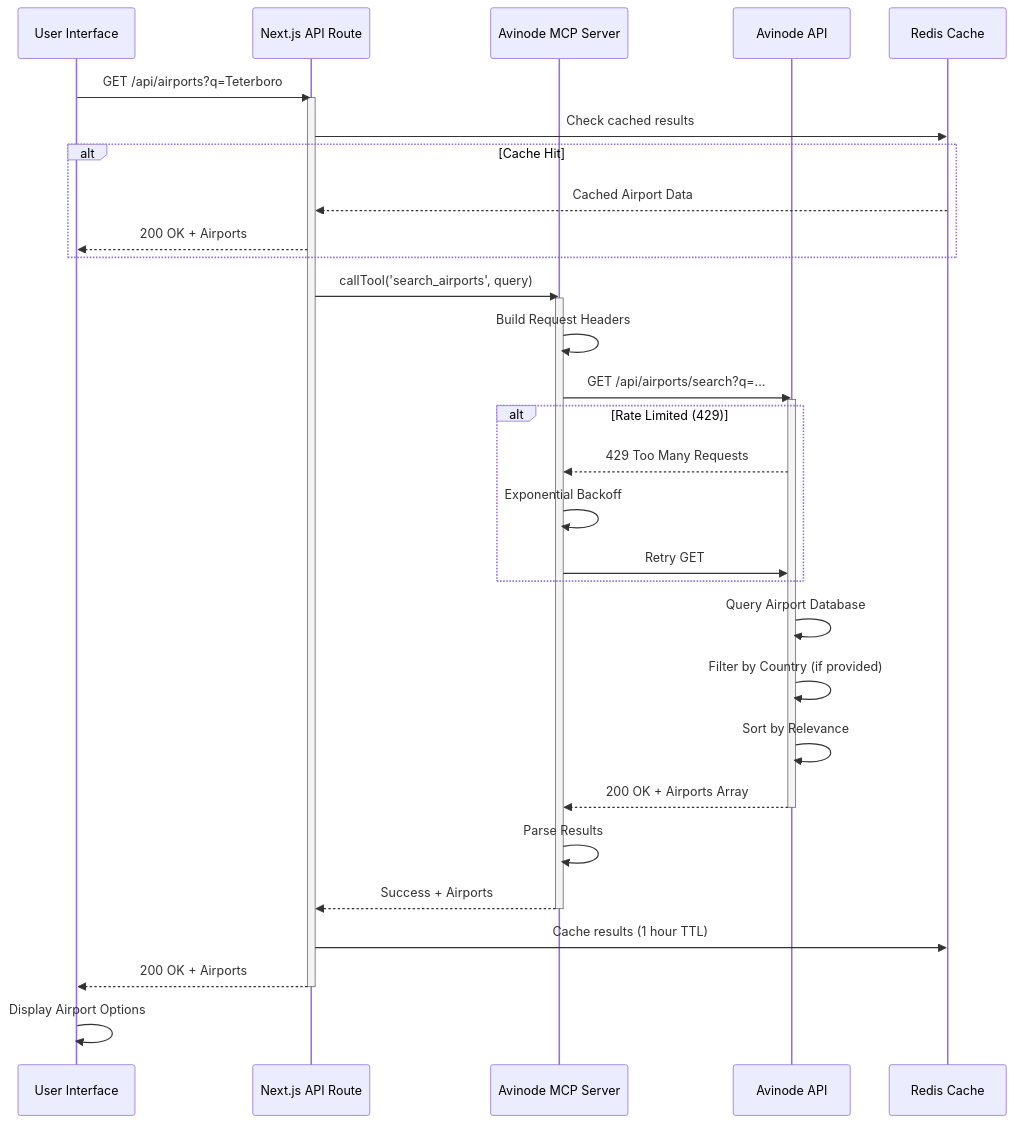
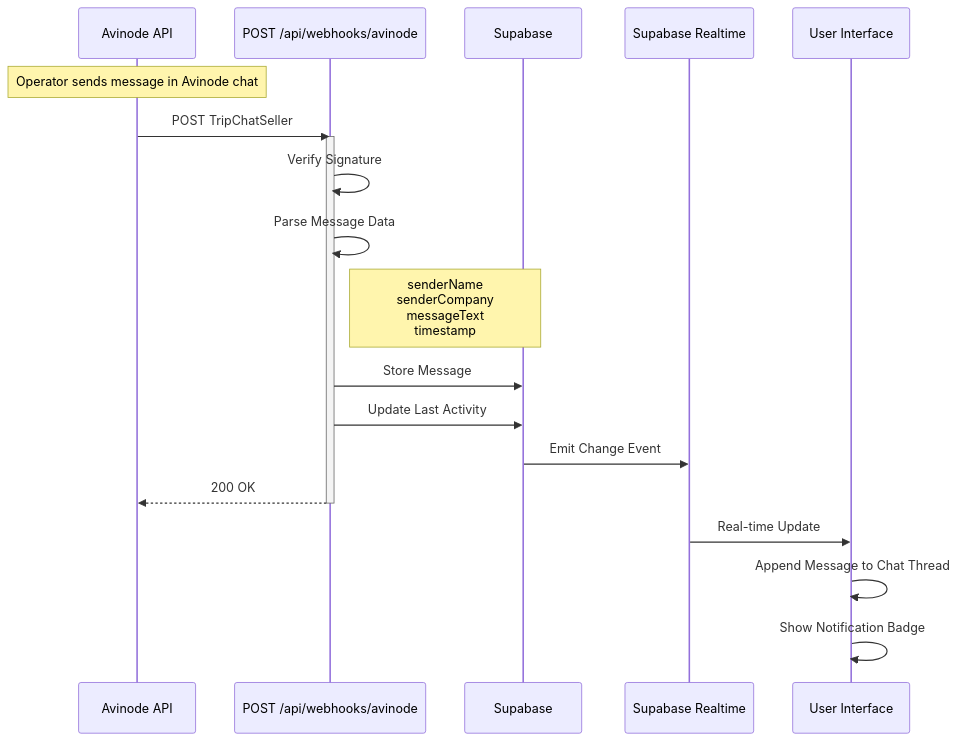
Before and after one commit to kingler/v0-jetvision-assistant: the fifth of 5 diagrams in docs/implementation/WORKFLOW-AVINODE-INTEGRATION.md, drawn with Mermaid. The commit also changed other lines of this file and 145 other files, not shown here.

First line of the commit message:
feat(avinode): complete MCP server tools and deep link workflow

````diff
--- a/docs/implementation/WORKFLOW-AVINODE-INTEGRATION.md
+++ b/docs/implementation/WORKFLOW-AVINODE-INTEGRATION.md
@@ -448,46 +488,29 @@
 ```mermaid
 sequenceDiagram
+    participant Avinode as Avinode API
+    participant Webhook as POST /api/webhooks/avinode
+    participant DB as Supabase
+    participant Realtime as Supabase Realtime
     participant UI as User Interface
-    participant API as Next.js API Route
-    participant MCP as Avinode MCP Server
-    participant Avinode as Avinode API
-    participant Cache as Redis Cache
 
-    UI->>API: GET /api/airports?q=Teterboro
-    activate API
+    Note over Avinode: Operator sends message in Avinode chat
 
-    API->>Cache: Check cached results
-    alt Cache Hit
-        Cache-->>API: Cached Airport Data
-        API-->>UI: 200 OK + Airports
-    end
+    Avinode->>Webhook: POST TripChatSeller
+    activate Webhook
 
-    API->>MCP: callTool('search_airports', query)
-    activate MCP
+    Webhook->>Webhook: Verify Signature
+    Webhook->>Webhook: Parse Message Data
+    Note right of Webhook: senderName<br/>senderCompany<br/>messageText<br/>timestamp
 
-    MCP->>MCP: Build Request Headers
-    MCP->>Avinode: GET /api/airports/search?q=...
-    activate Avinode
+    Webhook->>DB: Store Message
+    Webhook->>DB: Update Last Activity
 
-    alt Rate Limited (429)
-        Avinode-->>MCP: 429 Too Many Requests
-        MCP->>MCP: Exponential Backoff
-        MCP->>Avinode: Retry GET
-    end
+    DB->>Realtime: Emit Change Event
 
-    Avinode->>Avinode: Query Airport Database
-    Avinode->>Avinode: Filter by Country (if provided)
-    Avinode->>Avinode: Sort by Relevance
-    Avinode-->>MCP: 200 OK + Airports Array
-    deactivate Avinode
+    Webhook-->>Avinode: 200 OK
+    deactivate Webhook
 
-    MCP->>MCP: Parse Results
-    MCP-->>API: Success + Airports
-    deactivate MCP
-
-    API->>Cache: Cache results (1 hour TTL)
-    API-->>UI: 200 OK + Airports
-    deactivate API
-
-    UI->>UI: Display Airport Options
+    Realtime->>UI: Real-time Update
+    UI->>UI: Append Message to Chat Thread
+    UI->>UI: Show Notification Badge
 ```
````
